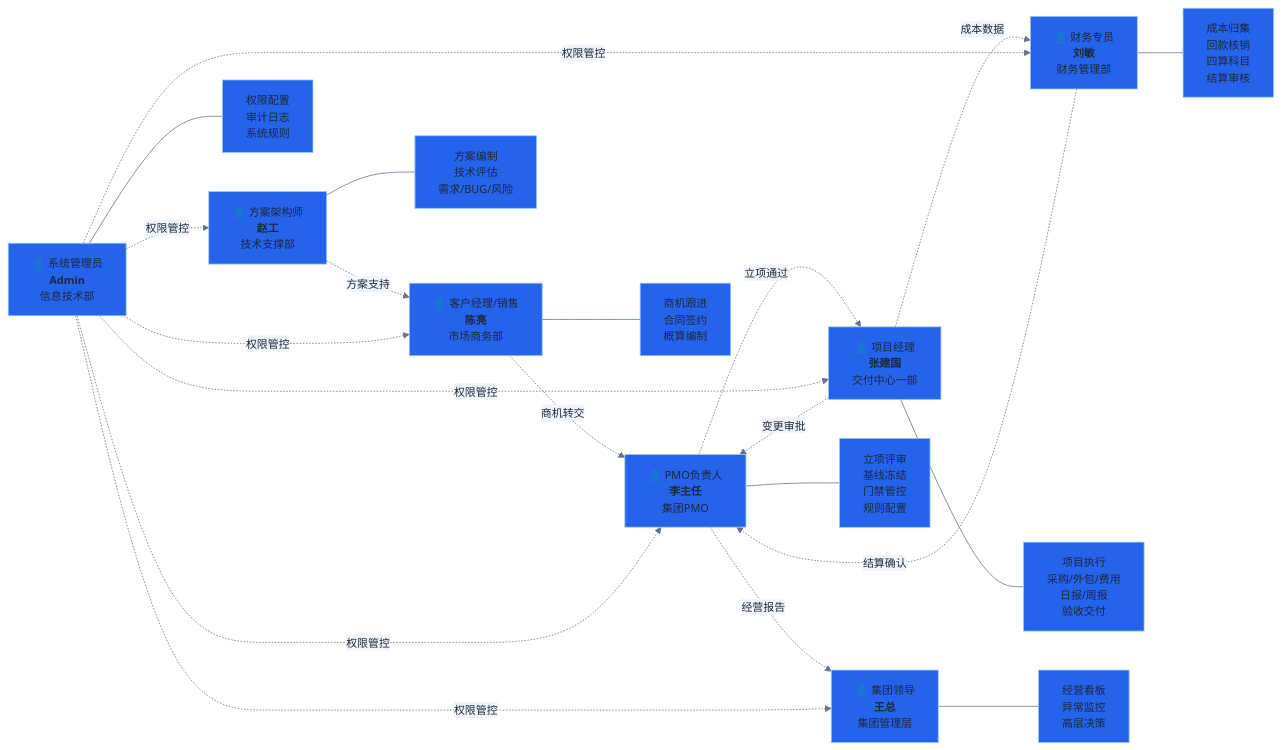
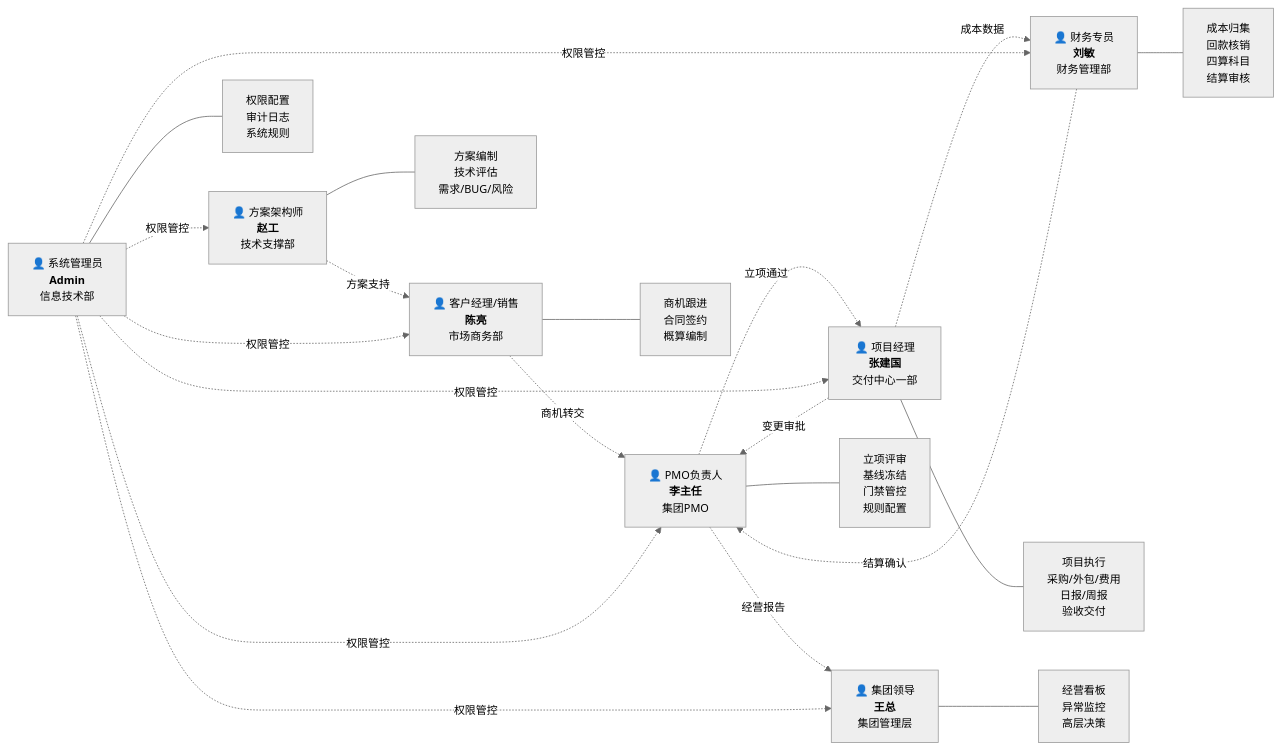
The diagram in docs/流程图-角色总览.md (shengjunqiu/pms-demo), drawn with Mermaid before and after one commit. The commit also changed 7 other files, not shown here.

Commit message:
style: 流程图主题改为 neutral，去除蓝底黑字提升可读性

````diff
--- a/docs/流程图-角色总览.md
+++ b/docs/流程图-角色总览.md
@@ -5,45 +5,37 @@
 ```mermaid
-%%{init: {'theme': 'base', 'themeVariables': {
-  'fontSize': '14px',
-  'primaryColor': '#2563eb',
-  'primaryTextColor': '#1e293b',
-  'primaryBorderColor': '#93c5fd',
-  'lineColor': '#64748b',
-  'secondaryColor': '#f1f5f9',
-  'tertiaryColor': '#f8fafc'
-}}}%%
+%%{init: {'theme': 'neutral', 'themeVariables': {'fontSize': '14px'}}}%%
 
 graph LR
   %% 角色节点
   R1["👤 客户经理/销售<br/><b>陈亮</b><br/>市场商务部"]
   R2["👤 方案架构师<br/><b>赵工</b><br/>技术支撑部"]
   R3["👤 PMO负责人<br/><b>李主任</b><br/>集团PMO"]
   R4["👤 项目经理<br/><b>张建国</b><br/>交付中心一部"]
   R5["👤 财务专员<br/><b>刘敏</b><br/>财务管理部"]
   R6["👤 集团领导<br/><b>王总</b><br/>集团管理层"]
   R7["👤 系统管理员<br/><b>Admin</b><br/>信息技术部"]
 
   %% 职责说明
   R1 --- D1["商机跟进<br/>合同签约<br/>概算编制"]
   R2 --- D2["方案编制<br/>技术评估<br/>需求/BUG/风险"]
   R3 --- D3["立项评审<br/>基线冻结<br/>门禁管控<br/>规则配置"]
   R4 --- D4["项目执行<br/>采购/外包/费用<br/>日报/周报<br/>验收交付"]
   R5 --- D5["成本归集<br/>回款核销<br/>四算科目<br/>结算审核"]
   R6 --- D6["经营看板<br/>异常监控<br/>高层决策"]
   R7 --- D7["权限配置<br/>审计日志<br/>系统规则"]
 
   %% 流程衔接
   R1 -.->|商机转交| R3
   R2 -.->|方案支持| R1
   R3 -.->|立项通过| R4
   R4 -.->|成本数据| R5
   R4 -.->|变更审批| R3
   R5 -.->|结算确认| R3
   R3 -.->|经营报告| R6
   R7 -.->|权限管控| R1
   R7 -.->|权限管控| R2
   R7 -.->|权限管控| R3
   R7 -.->|权限管控| R4
   R7 -.->|权限管控| R5
   R7 -.->|权限管控| R6
 ```
````
